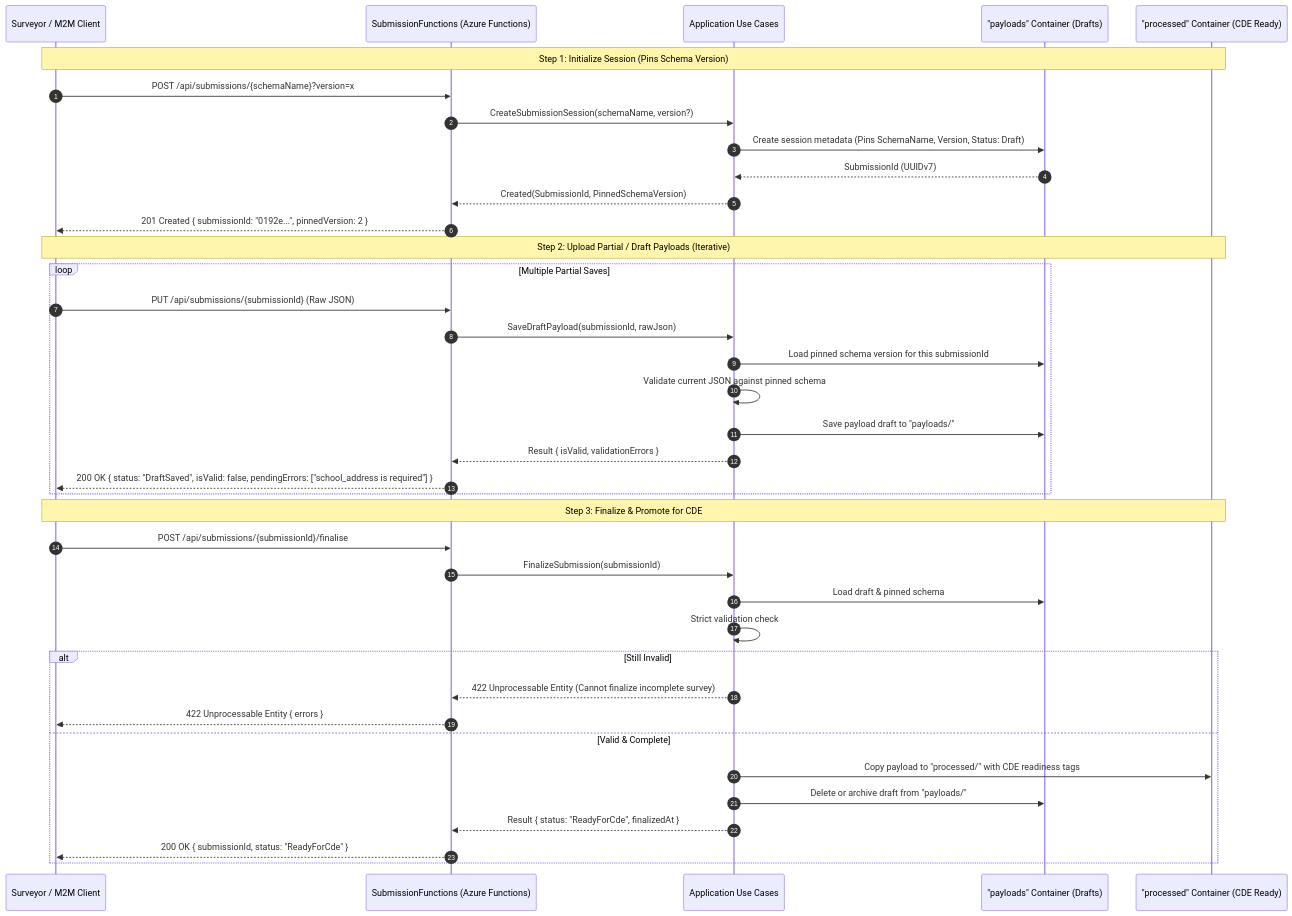
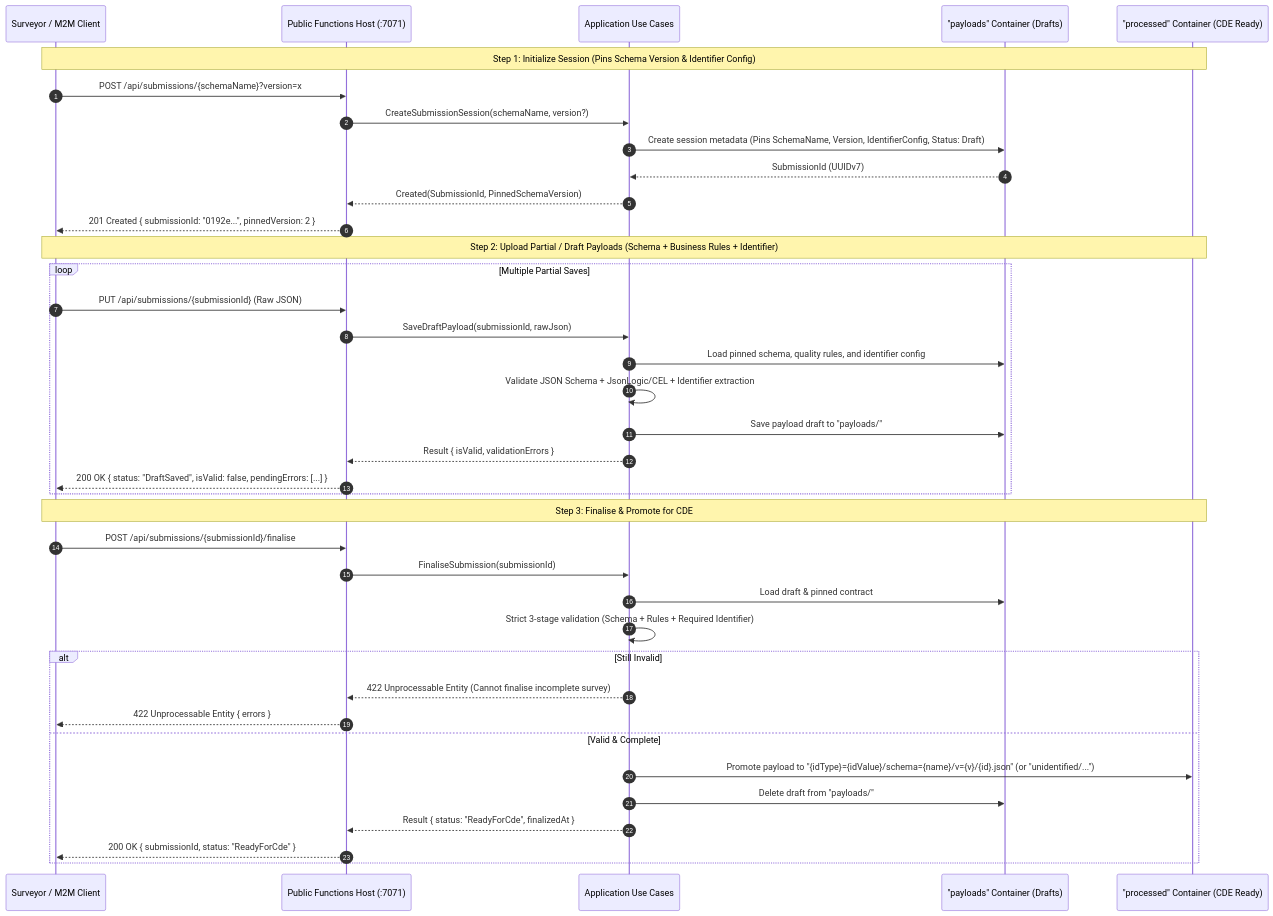
One commit to DFE-Digital/estate-data-collection changed the first of 2 diagrams in README.md. Above: the diagram before and after it, drawn with Mermaid. The commit also changed other lines of this file and 10 other files, not shown here.

Commit message:
docs: add ADRs 0017-0022 and update README, architecture, and deployment guides

````diff
--- a/README.md
+++ b/README.md
@@ -14,43 +33,43 @@
 ```mermaid
 sequenceDiagram
     autonumber
     participant Client as Surveyor / M2M Client
-    participant Func as SubmissionFunctions (Azure Functions)
+    participant Func as Public Functions Host (:7071)
     participant UC as Application Use Cases
     participant Payloads as "payloads" Container (Drafts)
     participant Processed as "processed" Container (CDE Ready)
 
-    Note over Client,Processed: Step 1: Initialize Session (Pins Schema Version)
+    Note over Client,Processed: Step 1: Initialize Session (Pins Schema Version & Identifier Config)
     Client->>Func: POST /api/submissions/{schemaName}?version=x
     Func->>UC: CreateSubmissionSession(schemaName, version?)
-    UC->>Payloads: Create session metadata (Pins SchemaName, Version, Status: Draft)
+    UC->>Payloads: Create session metadata (Pins SchemaName, Version, IdentifierConfig, Status: Draft)
     Payloads-->>UC: SubmissionId (UUIDv7)
     UC-->>Func: Created(SubmissionId, PinnedSchemaVersion)
     Func-->>Client: 201 Created { submissionId: "0192e...", pinnedVersion: 2 }
 
-    Note over Client,Processed: Step 2: Upload Partial / Draft Payloads (Iterative)
+    Note over Client,Processed: Step 2: Upload Partial / Draft Payloads (Schema + Business Rules + Identifier)
     loop Multiple Partial Saves
         Client->>Func: PUT /api/submissions/{submissionId} (Raw JSON)
         Func->>UC: SaveDraftPayload(submissionId, rawJson)
-        UC->>Payloads: Load pinned schema version for this submissionId
-        UC->>UC: Validate current JSON against pinned schema
+        UC->>Payloads: Load pinned schema, quality rules, and identifier config
+        UC->>UC: Validate JSON Schema + JsonLogic/CEL + Identifier extraction
         UC->>Payloads: Save payload draft to "payloads/"
         UC-->>Func: Result { isValid, validationErrors }
-        Func-->>Client: 200 OK { status: "DraftSaved", isValid: false, pendingErrors: ["school_address is required"] }
+        Func-->>Client: 200 OK { status: "DraftSaved", isValid: false, pendingErrors: [...] }
     end
 
-    Note over Client,Processed: Step 3: Finalize & Promote for CDE
+    Note over Client,Processed: Step 3: Finalise & Promote for CDE
     Client->>Func: POST /api/submissions/{submissionId}/finalise
-    Func->>UC: FinalizeSubmission(submissionId)
-    UC->>Payloads: Load draft & pinned schema
-    UC->>UC: Strict validation check
+    Func->>UC: FinaliseSubmission(submissionId)
+    UC->>Payloads: Load draft & pinned contract
+    UC->>UC: Strict 3-stage validation (Schema + Rules + Required Identifier)
     alt Still Invalid
-        UC-->>Func: 422 Unprocessable Entity (Cannot finalize incomplete survey)
+        UC-->>Func: 422 Unprocessable Entity (Cannot finalise incomplete survey)
         Func-->>Client: 422 Unprocessable Entity { errors }
     else Valid & Complete
-        UC->>Processed: Copy payload to "processed/" with CDE readiness tags
-        UC->>Payloads: Delete or archive draft from "payloads/"
+        UC->>Processed: Promote payload to "{idType}={idValue}/schema={name}/v={v}/{id}.json" (or "unidentified/...")
+        UC->>Payloads: Delete draft from "payloads/"
         UC-->>Func: Result { status: "ReadyForCde", finalizedAt }
         Func-->>Client: 200 OK { submissionId, status: "ReadyForCde" }
     end
 ```
````
